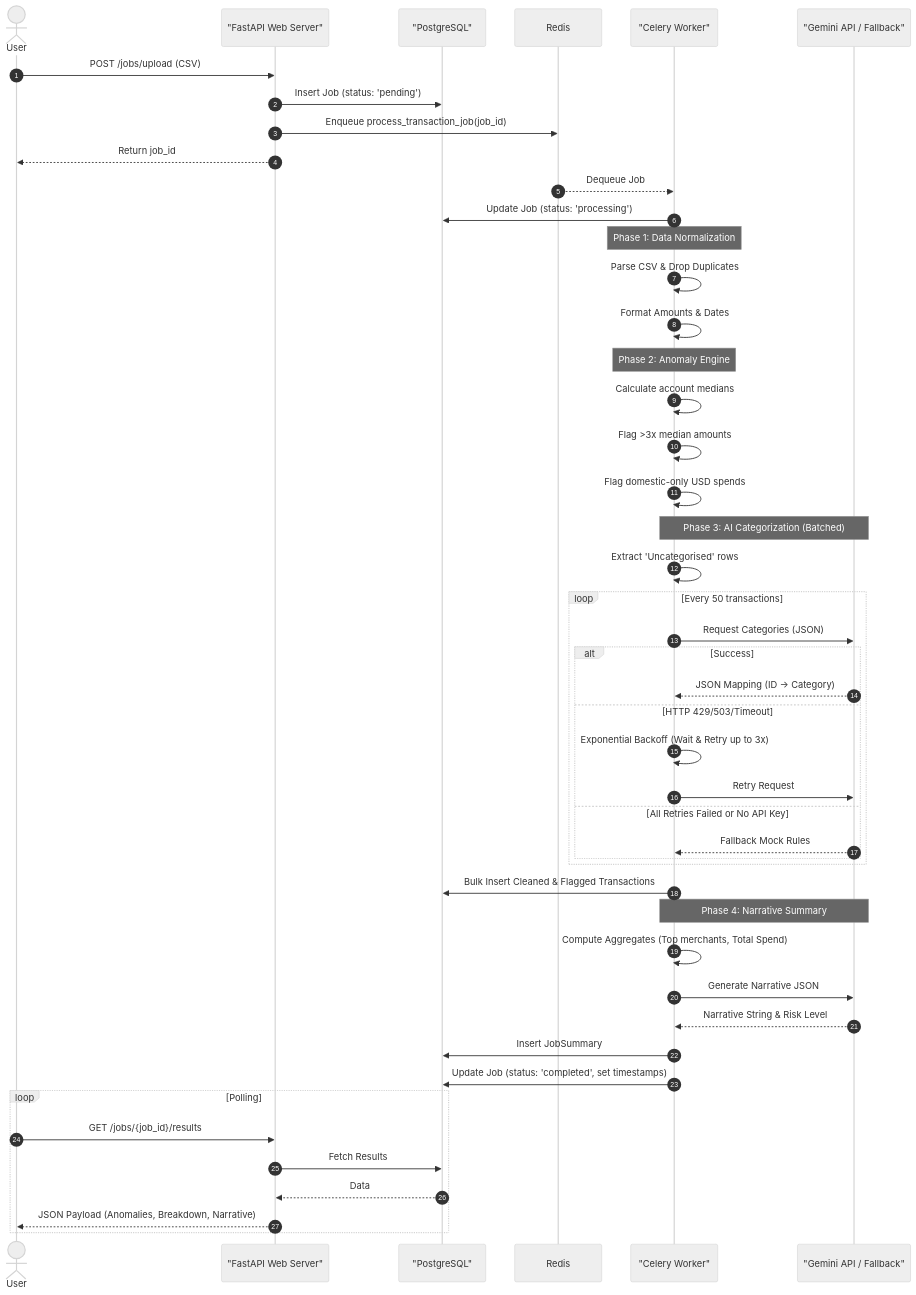
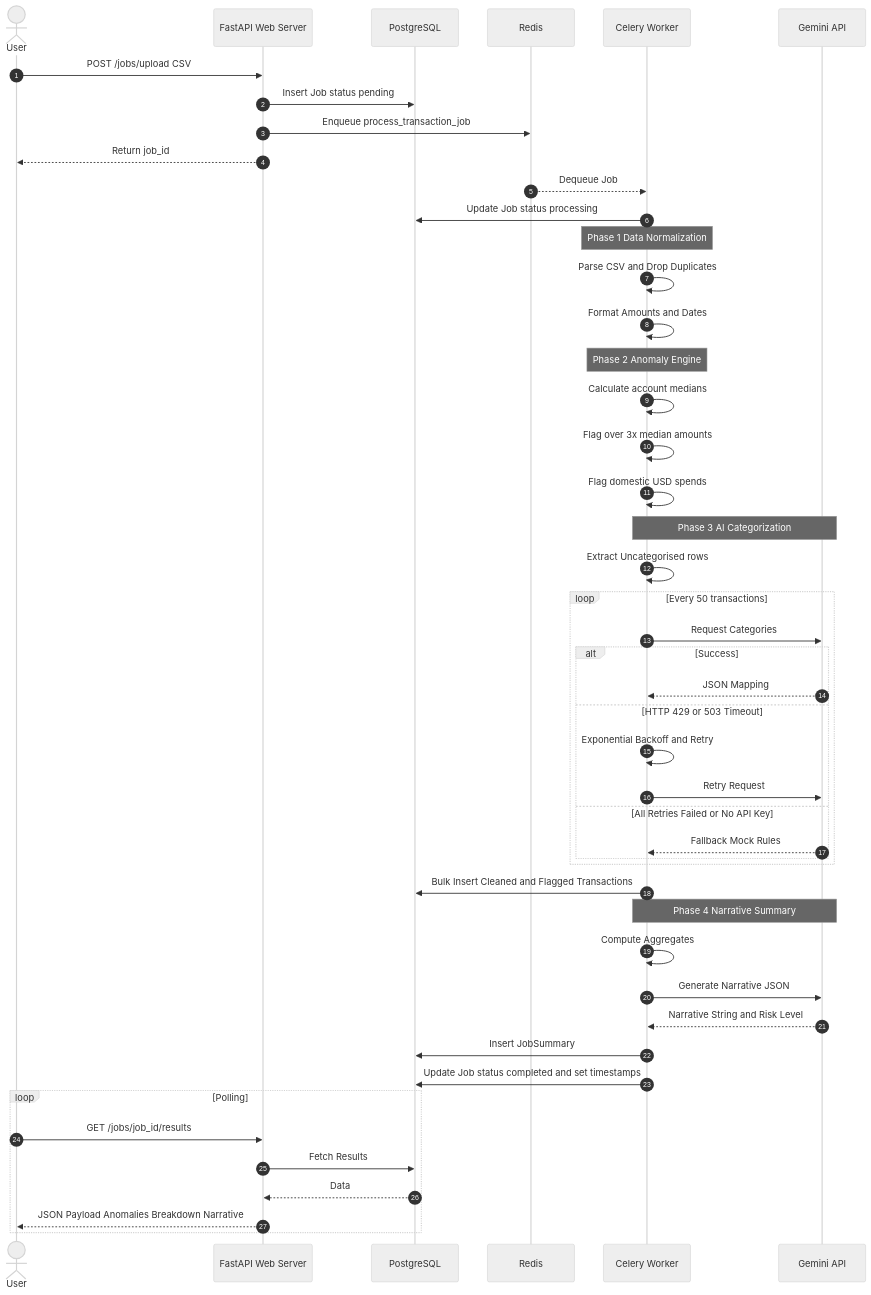
One commit to prakhar-developer/alemeno changed the second of 2 diagrams in README.md. Above: the diagram before and after it, drawn with Mermaid (neutral theme). The commit also changed other lines of this file, not shown here.

Commit message:
fix: Completely sanitize Mermaid diagram node text to resolve GitHub rendering errors

````diff
--- a/README.md
+++ b/README.md
@@ -234,58 +234,58 @@
 ```mermaid
 sequenceDiagram
     autonumber
     actor User
-    participant API as "FastAPI Web Server"
-    participant DB as "PostgreSQL"
+    participant API as FastAPI Web Server
+    participant DB as PostgreSQL
     participant Redis
-    participant Worker as "Celery Worker"
-    participant LLM as "Gemini API / Fallback"
+    participant Worker as Celery Worker
+    participant LLM as Gemini API
 
-    User->>API: POST /jobs/upload (CSV)
-    API->>DB: Insert Job (status: 'pending')
-    API->>Redis: Enqueue process_transaction_job(job_id)
+    User->>API: POST /jobs/upload CSV
+    API->>DB: Insert Job status pending
+    API->>Redis: Enqueue process_transaction_job
     API-->>User: Return job_id
 
     Redis-->>Worker: Dequeue Job
-    Worker->>DB: Update Job (status: 'processing')
+    Worker->>DB: Update Job status processing
     
-    note over Worker: Phase 1: Data Normalization
-    Worker->>Worker: Parse CSV & Drop Duplicates
-    Worker->>Worker: Format Amounts & Dates
+    note over Worker: Phase 1 Data Normalization
+    Worker->>Worker: Parse CSV and Drop Duplicates
+    Worker->>Worker: Format Amounts and Dates
     
-    note over Worker: Phase 2: Anomaly Engine
+    note over Worker: Phase 2 Anomaly Engine
     Worker->>Worker: Calculate account medians
-    Worker->>Worker: Flag >3x median amounts
-    Worker->>Worker: Flag domestic-only USD spends
+    Worker->>Worker: Flag over 3x median amounts
+    Worker->>Worker: Flag domestic USD spends
     
-    note over Worker, LLM: Phase 3: AI Categorization (Batched)
-    Worker->>Worker: Extract 'Uncategorised' rows
+    note over Worker, LLM: Phase 3 AI Categorization
+    Worker->>Worker: Extract Uncategorised rows
     loop Every 50 transactions
-        Worker->>LLM: Request Categories (JSON)
+        Worker->>LLM: Request Categories
         alt Success
-            LLM-->>Worker: JSON Mapping (ID -> Category)
-        else HTTP 429/503/Timeout
-            Worker->>Worker: Exponential Backoff (Wait & Retry up to 3x)
+            LLM-->>Worker: JSON Mapping
+        else HTTP 429 or 503 Timeout
+            Worker->>Worker: Exponential Backoff and Retry
             Worker->>LLM: Retry Request
         else All Retries Failed or No API Key
             LLM-->>Worker: Fallback Mock Rules
         end
     end
     
-    Worker->>DB: Bulk Insert Cleaned & Flagged Transactions
+    Worker->>DB: Bulk Insert Cleaned and Flagged Transactions
     
-    note over Worker, LLM: Phase 4: Narrative Summary
-    Worker->>Worker: Compute Aggregates (Top merchants, Total Spend)
+    note over Worker, LLM: Phase 4 Narrative Summary
+    Worker->>Worker: Compute Aggregates
     Worker->>LLM: Generate Narrative JSON
-    LLM-->>Worker: Narrative String & Risk Level
+    LLM-->>Worker: Narrative String and Risk Level
     
     Worker->>DB: Insert JobSummary
-    Worker->>DB: Update Job (status: 'completed', set timestamps)
+    Worker->>DB: Update Job status completed and set timestamps
     
     loop Polling
-        User->>API: GET /jobs/{job_id}/results
+        User->>API: GET /jobs/job_id/results
         API->>DB: Fetch Results
         DB-->>API: Data
-        API-->>User: JSON Payload (Anomalies, Breakdown, Narrative)
+        API-->>User: JSON Payload Anomalies Breakdown Narrative
     end
 ```
````
